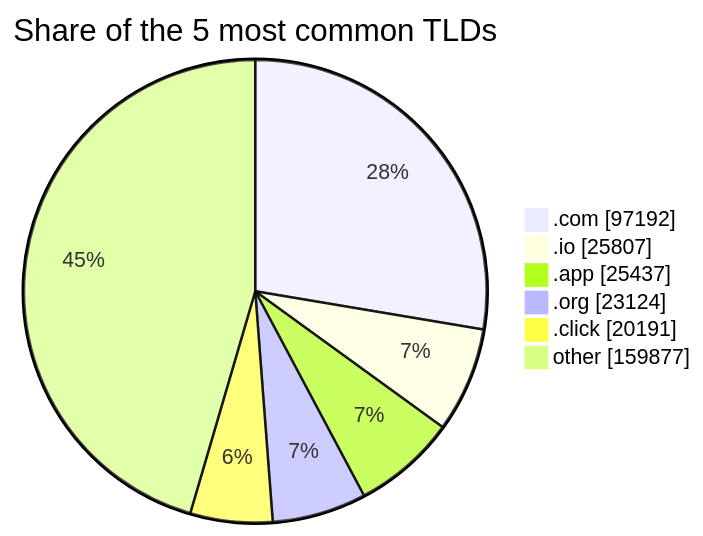
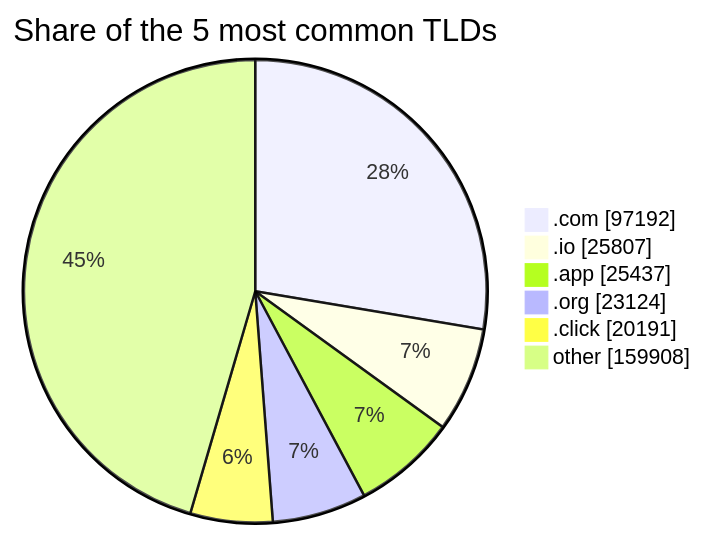
The third of 3 diagrams in README.md (DNSBunker/CTI), drawn with Mermaid before and after one commit. The commit also changed other lines of this file and 3 other files, not shown here.

````diff
--- a/README.md
+++ b/README.md
@@ -81,9 +81,9 @@
 ```mermaid
 pie showData title Share of the 5 most common TLDs
     ".com" : 97192
     ".io" : 25807
     ".app" : 25437
     ".org" : 23124
     ".click" : 20191
-    "other" : 159877
+    "other" : 159908
 ```
````
